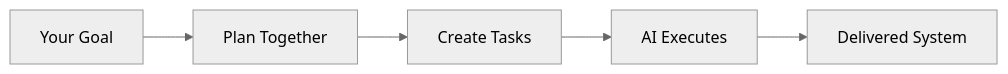
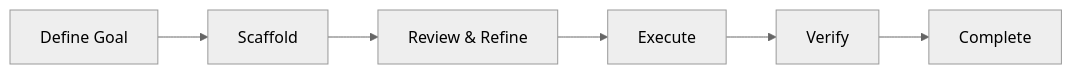
Before and after one commit to Obedience-Corp/fest: the diagram in methodology/README.md, drawn with Mermaid (neutral theme). The commit also changed other lines of this file, not shown here.

Commit message:
docs: update mermaid diagram to reflect actual workflow and remove stale template count

````diff
--- a/methodology/README.md
+++ b/methodology/README.md
@@ -13,7 +13,8 @@
 ```mermaid
 graph LR
-    G[Your Goal] --> P[Plan Together]
-    P --> T[Create Tasks]
-    T --> E[AI Executes]
-    E --> D[Delivered System]
+    G[Define Goal] --> S[Scaffold]
+    S --> R[Review & Refine]
+    R --> E[Execute]
+    E --> Q[Verify]
+    Q --> C[Complete]
 ```
````
